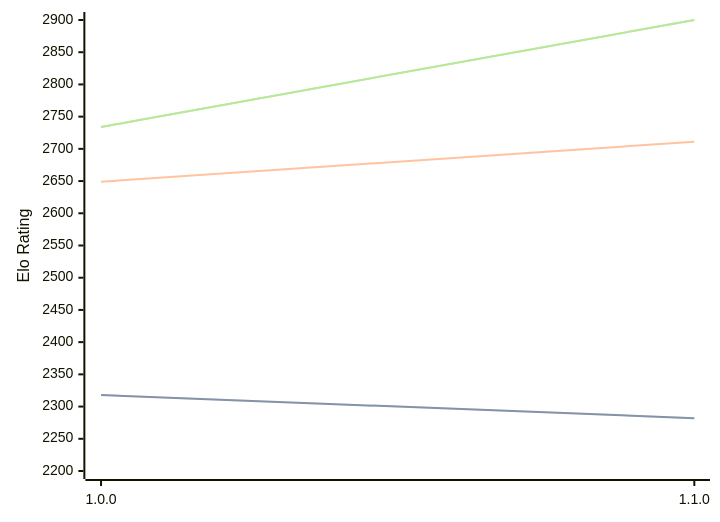
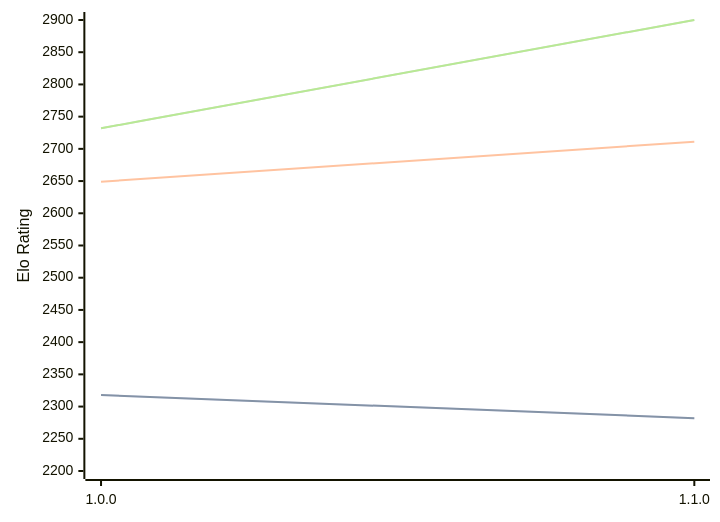
One commit to computer-chess-index/cci changed the diagram in engines/ShallowGuess.md. Above: the diagram before and after it, drawn with Mermaid. The commit also changed other lines of this file, not shown here.

Commit message:
Update CCI Ratings (ELO VLTC) - 2026-08-02

````diff
--- a/engines/ShallowGuess.md
+++ b/engines/ShallowGuess.md
@@ -36,11 +36,11 @@
 ```mermaid
 %%{init: {"theme":"base","themeVariables":{"seriesColors:['#a3a3a3','#222221','#faa371']}}}%%
 xychart-beta
   x-axis ["1.0.0", "1.1.0"]
   y-axis "Elo Rating" 2200 --> 2900
   line "STC (8.0+0.08s)" [2318, 2282]
   line "STC (8.0+0.08s)" [2318, 2282]
   line "LTC (60.0+0.60s)" [2649, 2711]
-  line "VLTC (2m24s+1.12s)" [2734, 2900]
-  line "VLTC (2m24s+1.12s)" [2734, 2900]
+  line "VLTC (2m24s+1.12s)" [2732, 2900]
+  line "VLTC (2m24s+1.12s)" [2732, 2900]
 ```
````
